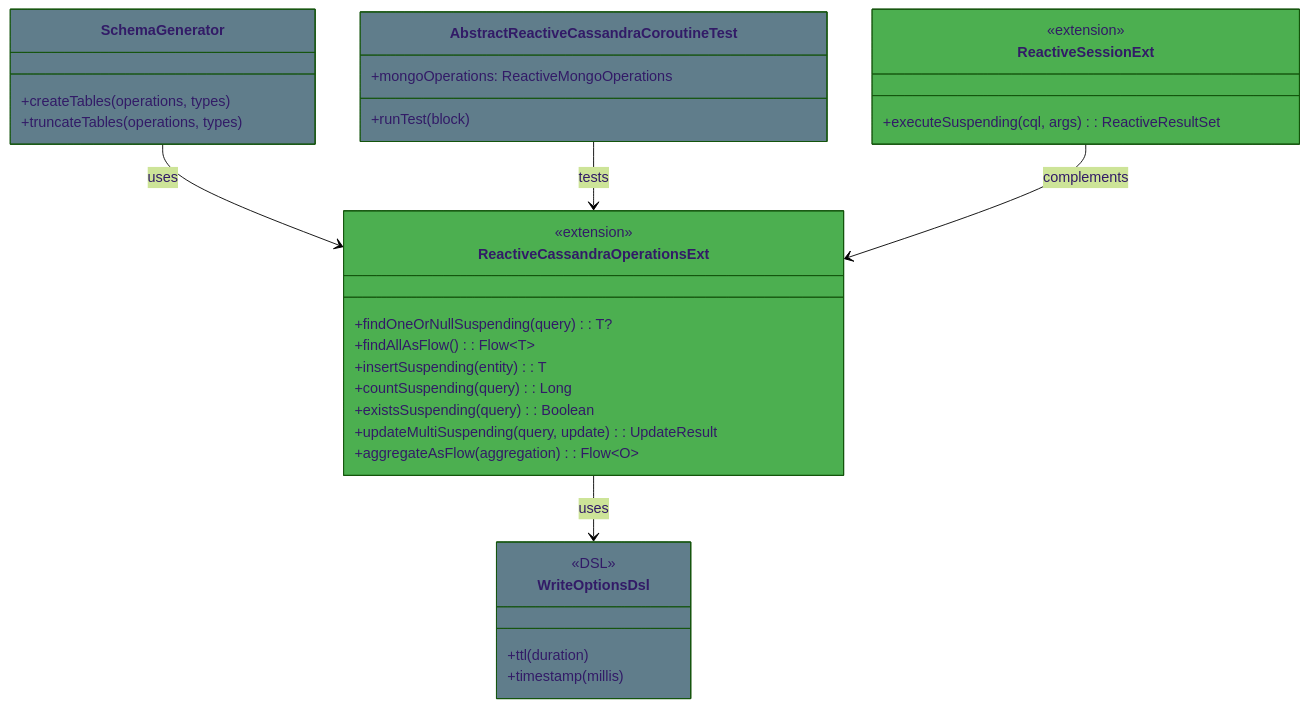
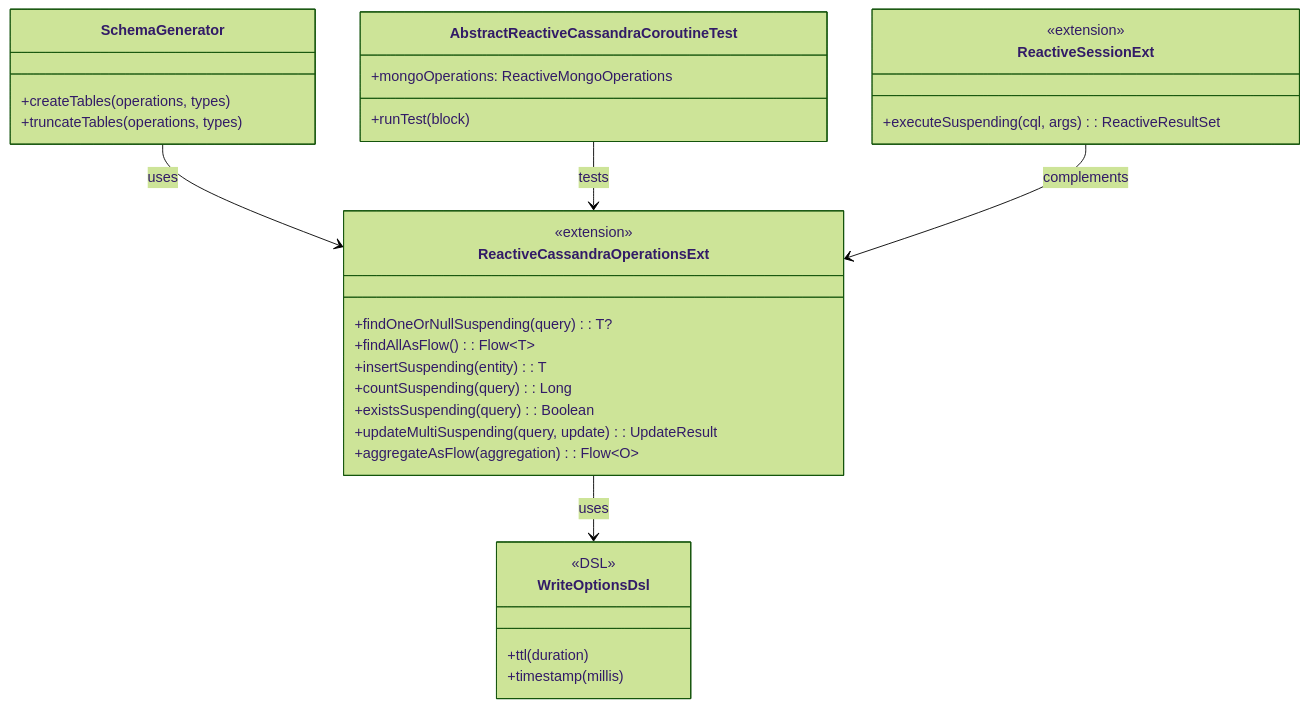
One commit to bluetape4k/bluetape4k-projects changed the first of 3 diagrams in spring-boot3/cassandra/README.md. Above: the diagram before and after it, drawn with Mermaid (forest theme). The commit also changed 95 other files, not shown here.

First line of the commit message:
docs: Mermaid 파서 오류 전체 수정 (IntelliJ IDEA 호환)

````diff
--- a/spring-boot3/cassandra/README.md
+++ b/spring-boot3/cassandra/README.md
@@ -39,41 +39,35 @@
 ```mermaid
 classDiagram
-    class ReactiveCassandraOperationsExt:::serviceStyle {
+    class ReactiveCassandraOperationsExt {
         <<extension>>
         +findOneOrNullSuspending(query): T?
         +findAllAsFlow(): Flow~T~
         +insertSuspending(entity): T
         +countSuspending(query): Long
         +existsSuspending(query): Boolean
         +updateMultiSuspending(query, update): UpdateResult
         +aggregateAsFlow(aggregation): Flow~O~
     }
-    class ReactiveSessionExt:::serviceStyle {
+    class ReactiveSessionExt {
         <<extension>>
         +executeSuspending(cql, args): ReactiveResultSet
     }
-    class WriteOptionsDsl:::configStyle {
+    class WriteOptionsDsl {
         <<DSL>>
         +ttl(duration)
         +timestamp(millis)
     }
-    class SchemaGenerator:::configStyle {
+    class SchemaGenerator {
         +createTables(operations, types)
         +truncateTables(operations, types)
     }
-    class AbstractReactiveCassandraCoroutineTest:::configStyle {
+    class AbstractReactiveCassandraCoroutineTest {
         +mongoOperations: ReactiveMongoOperations
         +runTest(block)
     }
-    classDef controllerStyle fill:#2196F3
-    classDef serviceStyle fill:#4CAF50
-    classDef repoStyle fill:#9C27B0
-    classDef entityStyle fill:#FF9800
-    classDef configStyle fill:#607D8B
-    classDef cacheStyle fill:#F44336
 
     ReactiveCassandraOperationsExt --> WriteOptionsDsl : uses
     SchemaGenerator --> ReactiveCassandraOperationsExt : uses
     AbstractReactiveCassandraCoroutineTest --> ReactiveCassandraOperationsExt : tests
     ReactiveSessionExt --> ReactiveCassandraOperationsExt : complements
 ```
````
